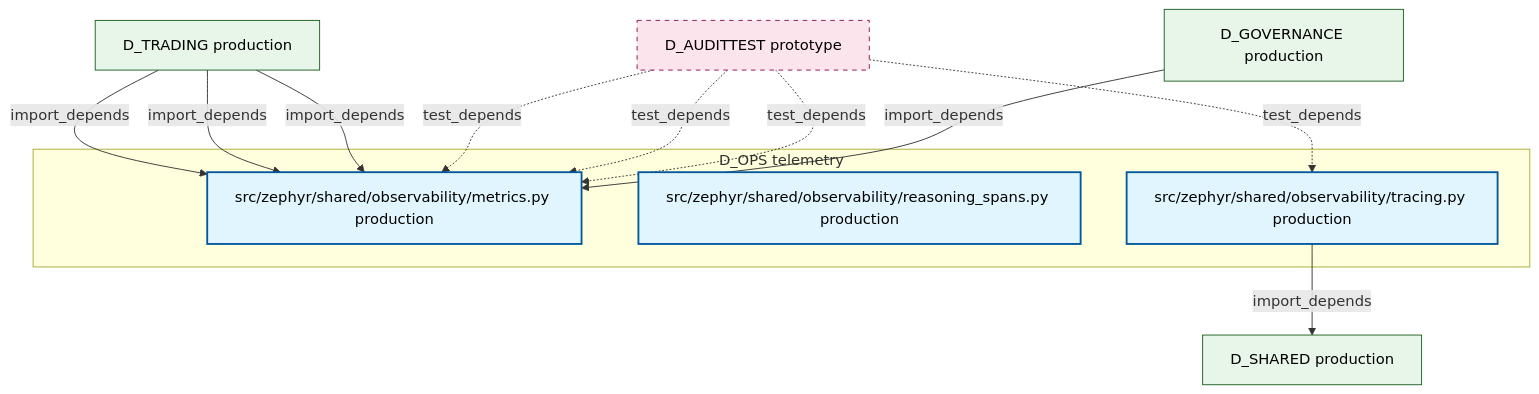
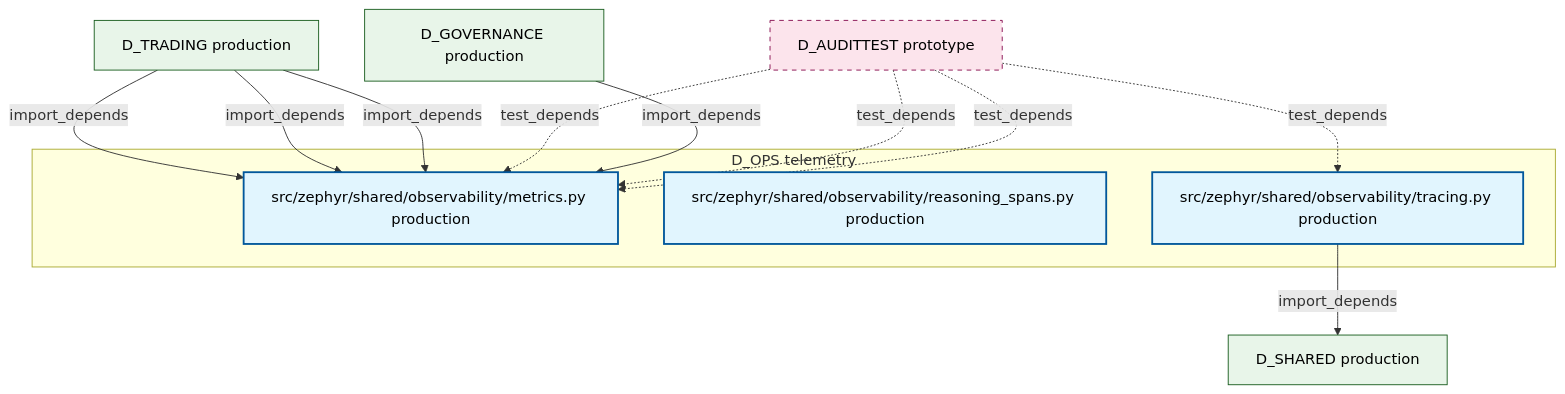
The diagram in docs/02_enterprise_architecture/02_domain_architecture_docs/15_d_ops.md (xuanFelixVan/ZephyrAlpha), drawn with Mermaid before and after one commit. The commit also changed other lines of this file and 99 other files, not shown here.

````diff
--- a/docs/02_enterprise_architecture/02_domain_architecture_docs/15_d_ops.md
+++ b/docs/02_enterprise_architecture/02_domain_architecture_docs/15_d_ops.md
@@ -47,28 +47,28 @@
 ```mermaid
 graph TD
     subgraph D_OPS["D_OPS telemetry"]
         src_zephyr_shared_observability_metrics_py["src/zephyr/shared/observability/metrics.py production"]
         src_zephyr_shared_observability_reasoning_spans_py["src/zephyr/shared/observability/reasoning_spans.py production"]
         src_zephyr_shared_observability_tracing_py["src/zephyr/shared/observability/tracing.py production"]
     end
     D_SHARED["D_SHARED production"]
     src_zephyr_shared_observability_tracing_py -->|import_depends| D_SHARED
-    D_GOVERNANCE["D_GOVERNANCE production"]
-    D_GOVERNANCE -->|import_depends| src_zephyr_shared_observability_metrics_py
     D_AUDITTEST["D_AUDITTEST prototype"]
     D_AUDITTEST -.->|test_depends| src_zephyr_shared_observability_metrics_py
     D_AUDITTEST -.->|test_depends| src_zephyr_shared_observability_metrics_py
+    D_GOVERNANCE["D_GOVERNANCE production"]
+    D_GOVERNANCE -->|import_depends| src_zephyr_shared_observability_metrics_py
     D_AUDITTEST -.->|test_depends| src_zephyr_shared_observability_metrics_py
     D_TRADING["D_TRADING production"]
     D_TRADING -->|import_depends| src_zephyr_shared_observability_metrics_py
     D_TRADING -->|import_depends| src_zephyr_shared_observability_metrics_py
     D_TRADING -->|import_depends| src_zephyr_shared_observability_metrics_py
     D_AUDITTEST -.->|test_depends| src_zephyr_shared_observability_tracing_py
     classDef production fill:#e1f5fe,stroke:#01579b,stroke-width:2px,color:#000
     classDef design fill:#fff3e0,stroke:#e65100,stroke-width:2px,color:#000,stroke-dasharray: 5 5
     classDef external_prod fill:#e8f5e9,stroke:#1b5e20,stroke-width:1px,color:#000
     classDef external_design fill:#fce4ec,stroke:#880e4f,stroke-width:1px,color:#000,stroke-dasharray: 5 5
     class src_zephyr_shared_observability_metrics_py,src_zephyr_shared_observability_reasoning_spans_py,src_zephyr_shared_observability_tracing_py production
     class D_SHARED,D_GOVERNANCE,D_TRADING external_prod
     class D_AUDITTEST external_design
 ```
````
